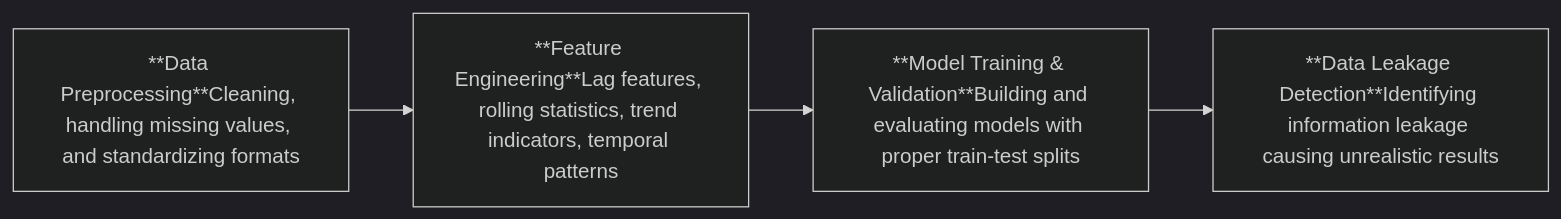
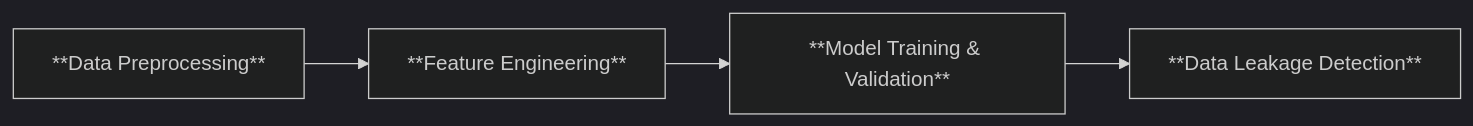
One commit to Lazy-Dr1ft3r/AQI-Predictor changed the diagram in README.md. Above: the diagram before and after it, drawn with Mermaid (dark theme). The commit also changed other lines of this file, not shown here.

````diff
--- a/README.md
+++ b/README.md
@@ -18,9 +18,9 @@
 ```mermaid
 flowchart LR
-    A[**Data Preprocessing**Cleaning, handling missing values, and standardizing formats] 
-    B[**Feature Engineering**Lag features, rolling statistics, trend indicators, temporal patterns]
-    C[**Model Training & Validation**Building and evaluating models with proper train-test splits]
-    D[**Data Leakage Detection**Identifying information leakage causing unrealistic results]
+    A[**Data Preprocessing**] 
+    B[**Feature Engineering**]
+    C[**Model Training & Validation**]
+    D[**Data Leakage Detection**]
     
     A --> B --> C --> D
 ```
````
